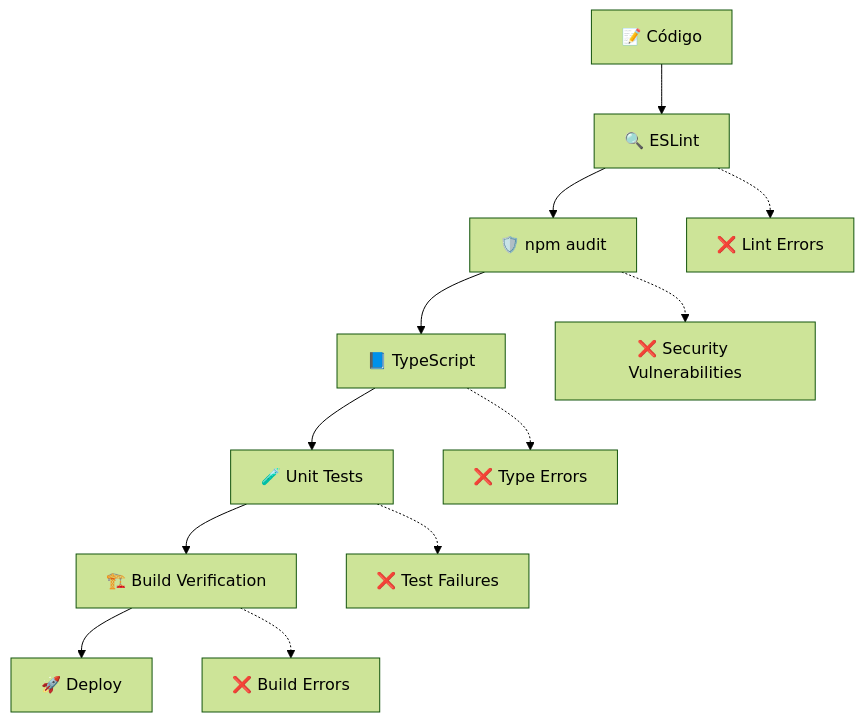
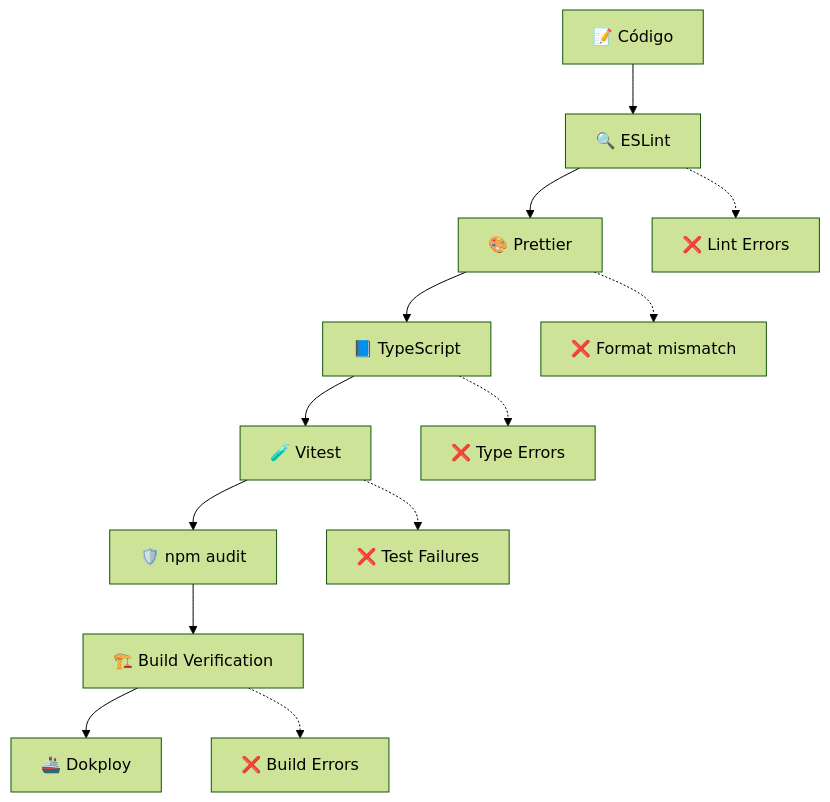
Before and after one commit to TellMeAlex/portfolio: the eighth of 9 diagrams in docs/CI-CD.md, drawn with Mermaid (forest theme). The commit also changed other lines of this file and 1 other file, not shown here.

First line of the commit message:
docs: rewrite CI-CD.md and TROUBLESHOOTING.md for Dokploy deploy (#92)

````diff
--- a/docs/CI-CD.md
+++ b/docs/CI-CD.md
@@ -220,15 +238,16 @@
 ```mermaid
 graph TD
     CODE[📝 Código] --> LINT[🔍 ESLint]
-    LINT --> AUDIT[🛡️ npm audit]
-    AUDIT --> TYPE[📘 TypeScript]
-    TYPE --> TEST[🧪 Unit Tests]
-    TEST --> BUILD[🏗️ Build Verification]
-    BUILD --> DEPLOY[🚀 Deploy]
+    LINT --> FMT[🎨 Prettier]
+    FMT --> TYPE[📘 TypeScript]
+    TYPE --> TEST[🧪 Vitest]
+    TEST --> AUDIT[🛡️ npm audit]
+    AUDIT --> BUILD[🏗️ Build Verification]
+    BUILD --> DEPLOY[🚢 Dokploy]
 
     LINT -.-> FAIL1[❌ Lint Errors]
-    AUDIT -.-> FAIL2[❌ Security Vulnerabilities]
+    FMT -.-> FAIL2[❌ Format mismatch]
     TYPE -.-> FAIL3[❌ Type Errors]
     TEST -.-> FAIL4[❌ Test Failures]
     BUILD -.-> FAIL5[❌ Build Errors]
 ```
````
